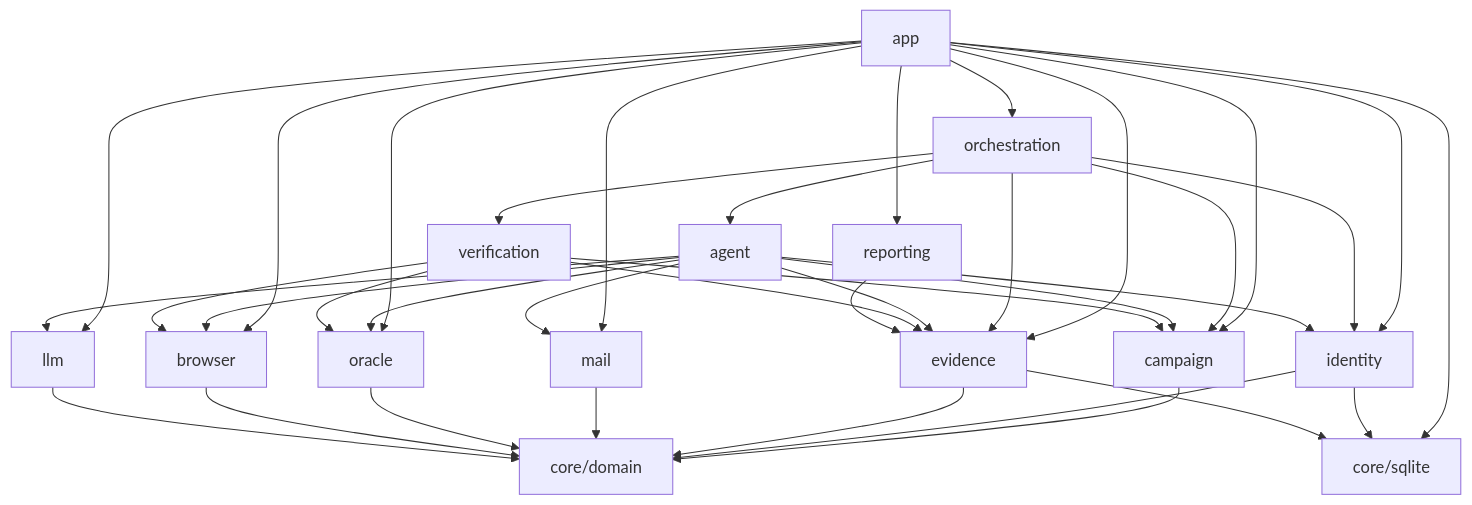
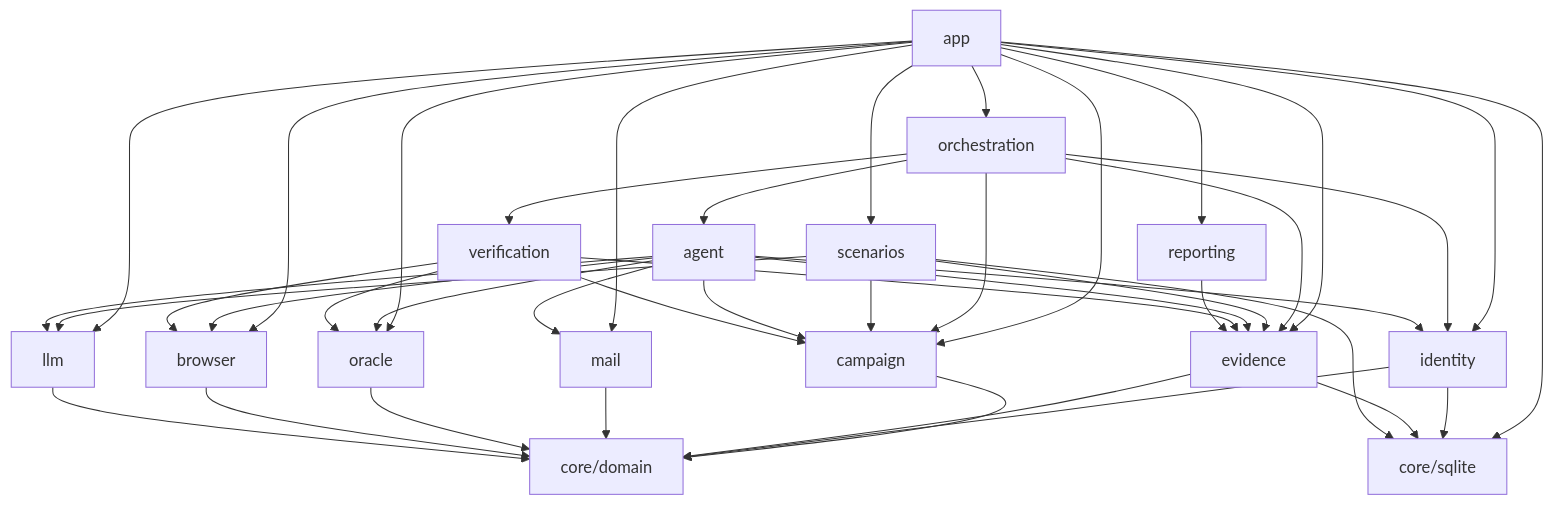
Before and after one commit to aslan564/Petek: the first of 2 diagrams in docs/ARCHITECTURE.md, drawn with Mermaid. The commit also changed other lines of this file, not shown here.

Commit message:
Document the scenario catalog and triage in the architecture

````diff
--- a/docs/ARCHITECTURE.md
+++ b/docs/ARCHITECTURE.md
@@ -31,10 +32,11 @@
 ```mermaid
 flowchart TD
-  app --> orchestration & reporting & llm & mail & oracle & browser & identity & evidence & campaign & sqlite[core/sqlite]
+  app --> orchestration & reporting & scenarios & llm & mail & oracle & browser & identity & evidence & campaign & sqlite[core/sqlite]
   orchestration --> agent & verification & identity & evidence & campaign
+  scenarios --> campaign & evidence & llm
   agent --> browser & llm & mail & oracle & evidence & identity & campaign
   verification --> browser & oracle & evidence & campaign
   reporting --> evidence
-  identity & evidence --> sqlite
+  identity & evidence & scenarios --> sqlite
   campaign & identity & evidence & mail & oracle & browser & llm --> core[core/domain]
 ```
````
